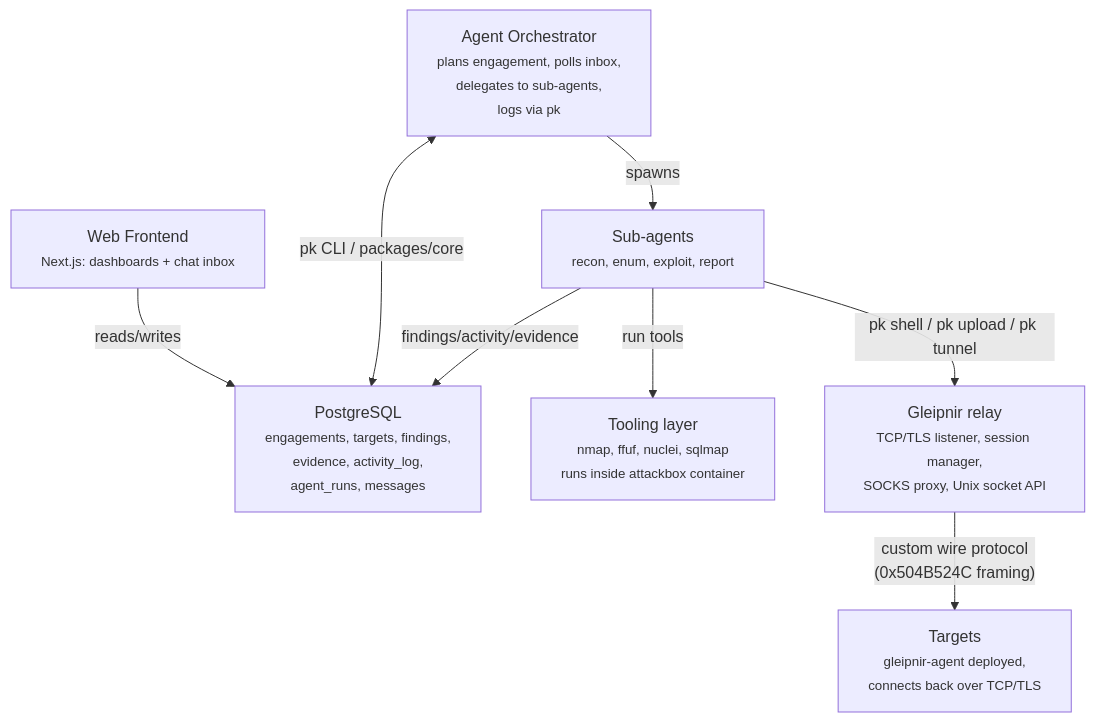
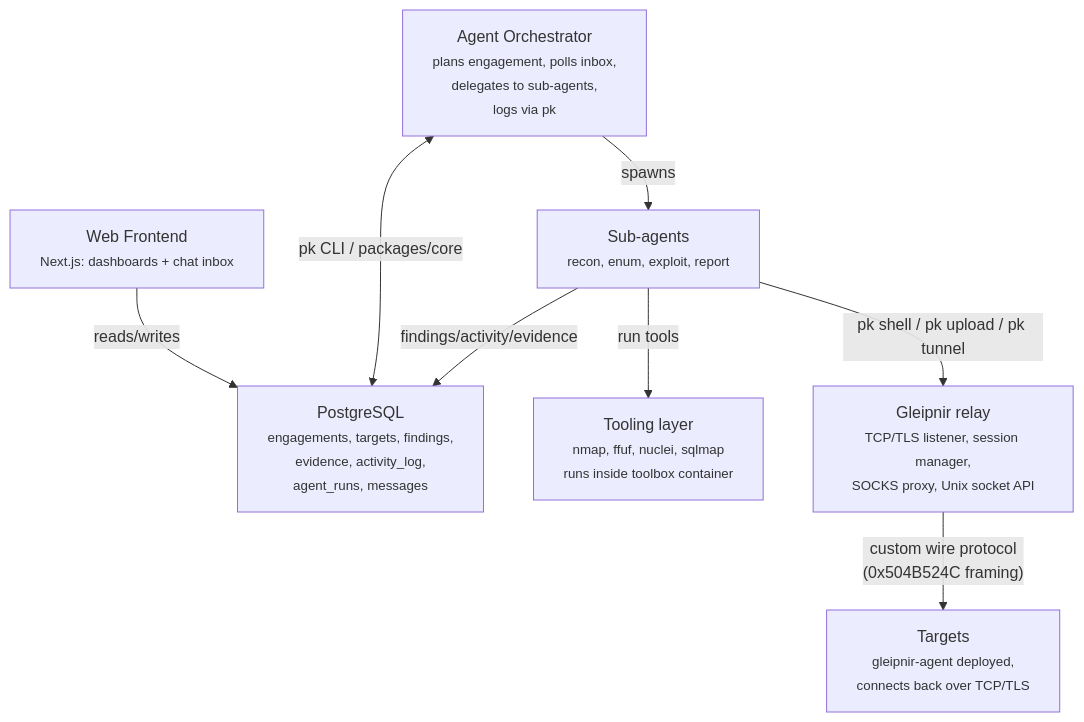
Before and after one commit to Saturate/PromptKiddie: the diagram in docs/ARCHITECTURE.md, drawn with Mermaid. The commit also changed other lines of this file and 3 other files, not shown here.

````diff
--- a/docs/ARCHITECTURE.md
+++ b/docs/ARCHITECTURE.md
@@ -7,18 +7,18 @@
 ```mermaid
 graph TD
     FE["Web Frontend<br/><small>Next.js: dashboards + chat inbox</small>"]
     ORCH["Agent Orchestrator<br/><small>plans engagement, polls inbox,<br/>delegates to sub-agents,<br/>logs via pk</small>"]
     PG["PostgreSQL<br/><small>engagements, targets, findings,<br/>evidence, activity_log,<br/>agent_runs, messages</small>"]
     SUB["Sub-agents<br/><small>recon, enum, exploit, report</small>"]
-    TOOLS["Tooling layer<br/><small>nmap, ffuf, nuclei, sqlmap<br/>runs inside attackbox container</small>"]
+    TOOLS["Tooling layer<br/><small>nmap, ffuf, nuclei, sqlmap<br/>runs inside toolbox container</small>"]
     GLEIPNIR["Gleipnir relay<br/><small>TCP/TLS listener, session manager,<br/>SOCKS proxy, Unix socket API</small>"]
     TARGETS["Targets<br/><small>gleipnir-agent deployed,<br/>connects back over TCP/TLS</small>"]
 
     FE -- reads/writes --> PG
     ORCH <-- pk CLI / packages/core --> PG
     ORCH -- spawns --> SUB
     SUB -- findings/activity/evidence --> PG
     SUB -- run tools --> TOOLS
     SUB -- "pk shell / pk upload / pk tunnel" --> GLEIPNIR
     GLEIPNIR -- "custom wire protocol<br/>(0x504B524C framing)" --> TARGETS
 ```
````
